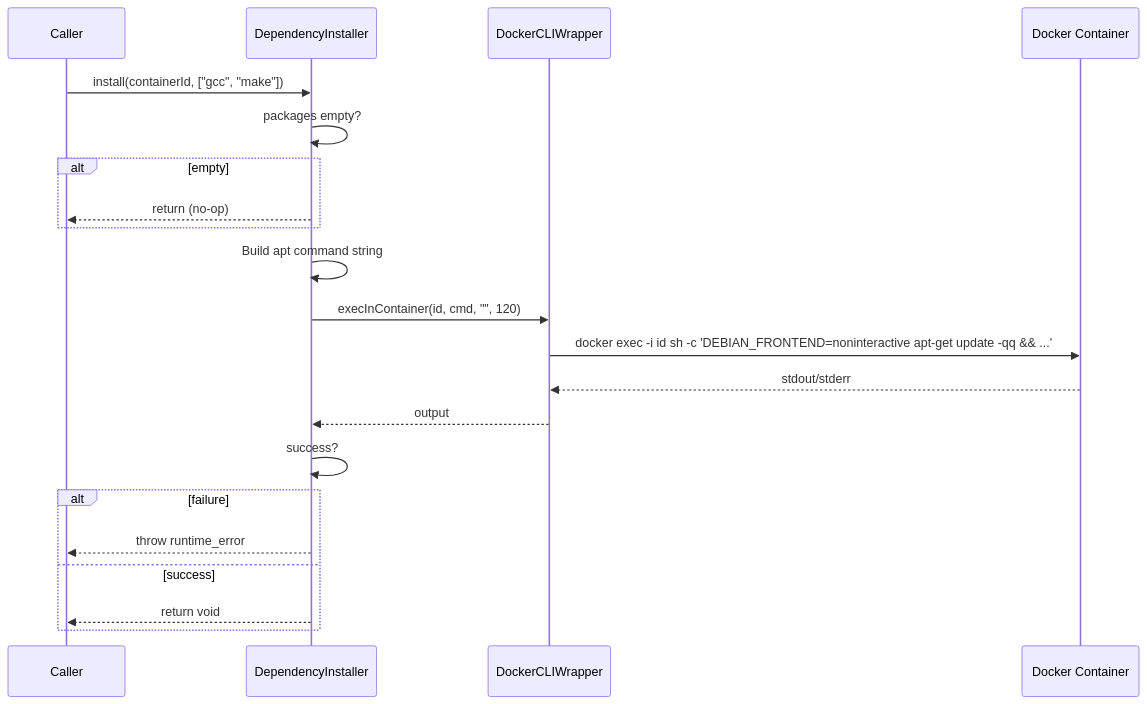
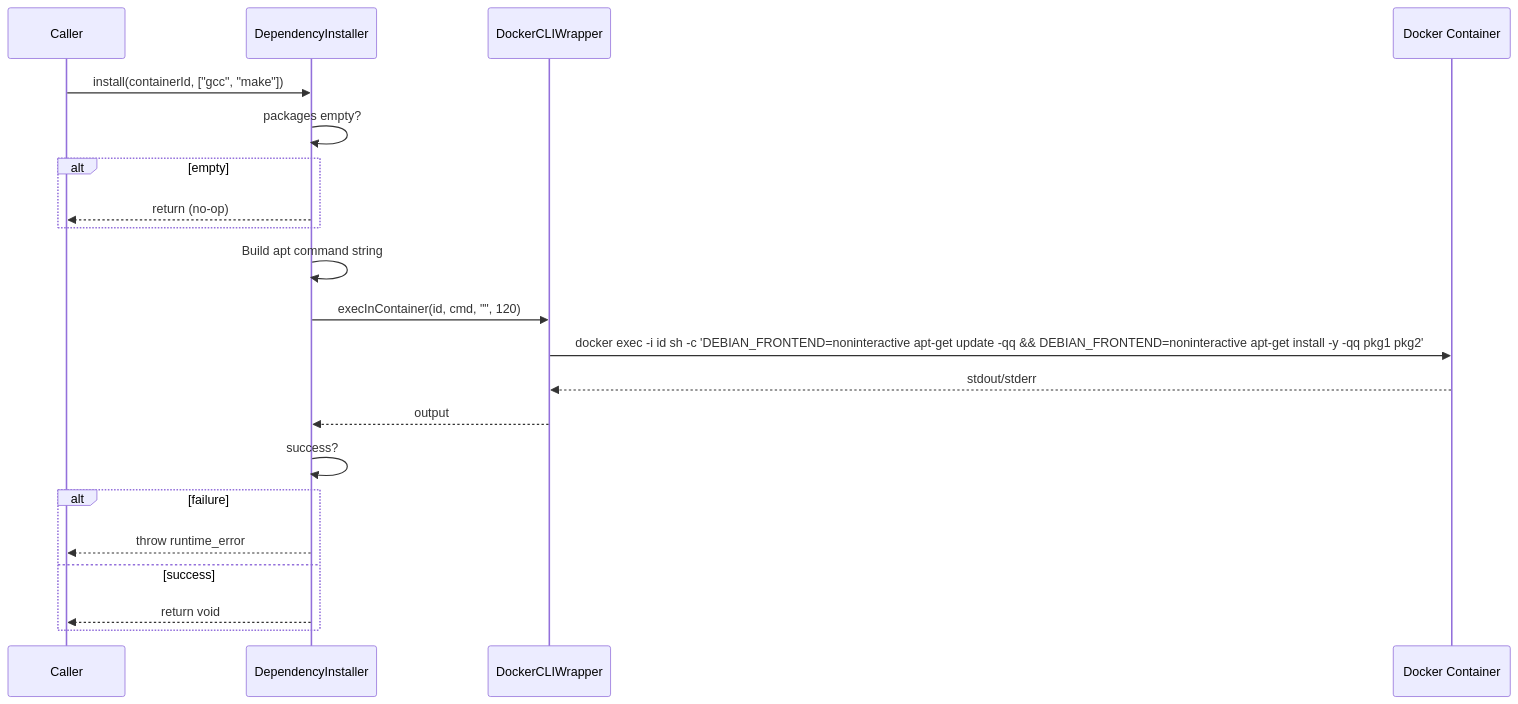
One commit to opensassi/a0 changed the second of 2 diagrams in src/docker/dependency_installer.spec.md. Above: the diagram before and after it, drawn with Mermaid. The commit also changed other lines of this file and 165 other files, not shown here.

````diff
--- a/src/docker/dependency_installer.spec.md
+++ b/src/docker/dependency_installer.spec.md
@@ -50,24 +55,24 @@
 ```mermaid
 sequenceDiagram
     participant C as Caller
     participant DI as DependencyInstaller
     participant CLI as DockerCLIWrapper
     participant Container as Docker Container
 
     C->>DI: install(containerId, ["gcc", "make"])
     DI->>DI: packages empty?
     alt empty
         DI-->>C: return (no-op)
     end
     DI->>DI: Build apt command string
     DI->>CLI: execInContainer(id, cmd, "", 120)
-    CLI->>Container: docker exec -i id sh -c 'DEBIAN_FRONTEND=noninteractive apt-get update -qq && ...'
+    CLI->>Container: docker exec -i id sh -c 'DEBIAN_FRONTEND=noninteractive apt-get update -qq && DEBIAN_FRONTEND=noninteractive apt-get install -y -qq pkg1 pkg2'
     Container-->>CLI: stdout/stderr
     CLI-->>DI: output
     DI->>DI: success?
     alt failure
         DI-->>C: throw runtime_error
     else success
         DI-->>C: return void
     end
 ```
````
